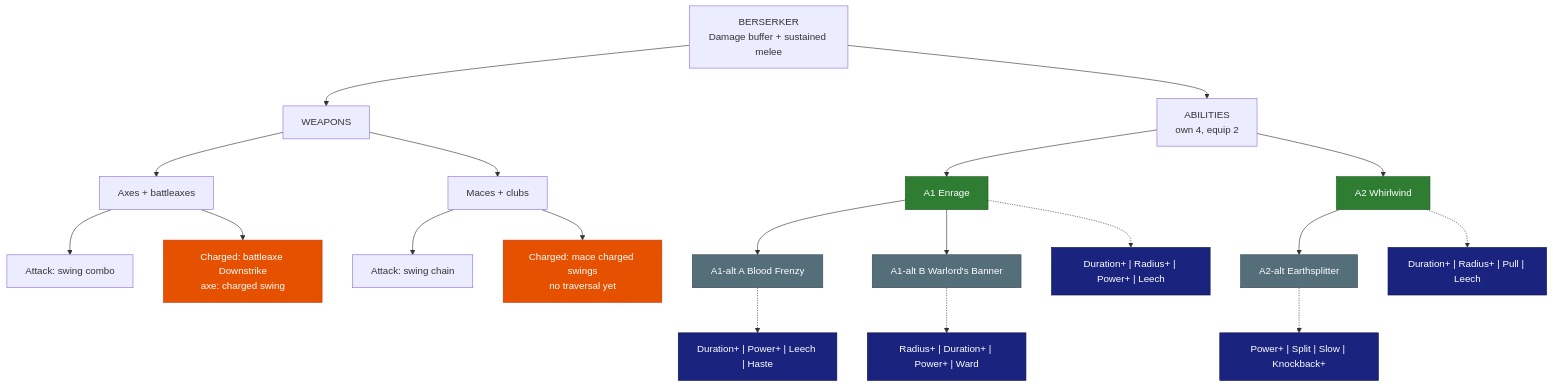
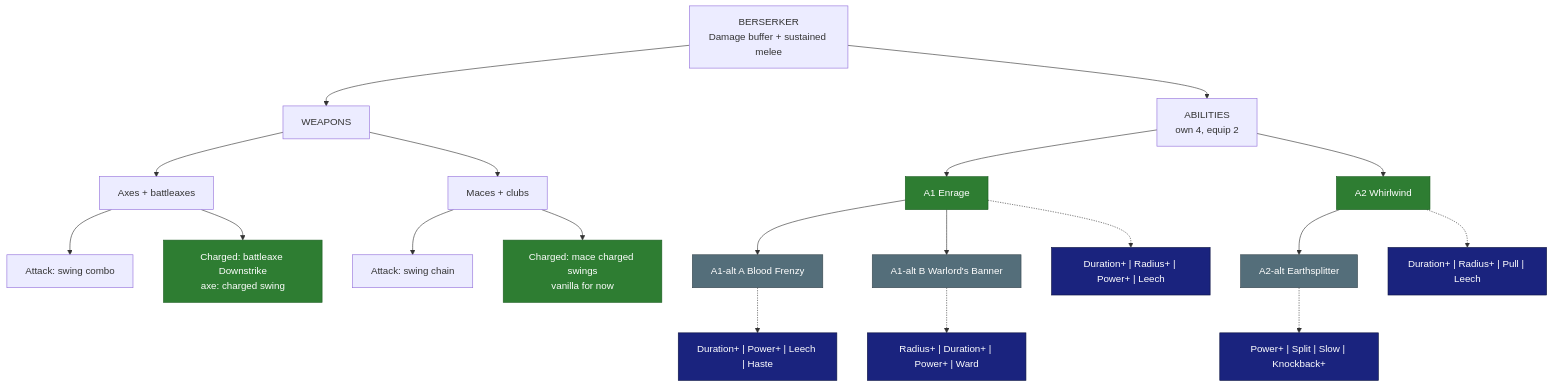
One commit to SkyyPlayz/SkyyWynnBlock changed the diagram in research/classes/Berserker.md. Above: the diagram before and after it, drawn with Mermaid. The commit also changed other lines of this file and 15 other files, not shown here.

First line of the commit message:
Docs review fixes: rollback steps, honest test list, answered-later pointers, qa_append matches whole question; Skyy: traversals vanilla for now

````diff
--- a/research/classes/Berserker.md
+++ b/research/classes/Berserker.md
@@ -16,30 +16,29 @@
 ```mermaid
 flowchart TD
   CLS["BERSERKER<br/>Damage buffer + sustained melee"]
   CLS --> WPN["WEAPONS"]
   CLS --> ABL["ABILITIES<br/>own 4, equip 2"]
   WPN --> AX["Axes + battleaxes"]
   AX --> AXa["Attack: swing combo"]
   AX --> AXc["Charged: battleaxe Downstrike<br/>axe: charged swing"]
   WPN --> MC["Maces + clubs"]
   MC --> MCa["Attack: swing chain"]
-  MC --> MCc["Charged: mace charged swings<br/>no traversal yet"]
+  MC --> MCc["Charged: mace charged swings<br/>vanilla for now"]
   ABL --> A1["A1 Enrage"]
   A1 --> A1A["A1-alt A Blood Frenzy"]
   A1 --> A1B["A1-alt B Warlord's Banner"]
   ABL --> A2["A2 Whirlwind"]
   A2 --> A2X["A2-alt Earthsplitter"]
   A1 -.-> M1["Duration+ | Radius+ | Power+ | Leech"]
   A1A -.-> M2["Duration+ | Power+ | Leech | Haste"]
   A1B -.-> M3["Radius+ | Duration+ | Power+ | Ward"]
   A2 -.-> M4["Duration+ | Radius+ | Pull | Leech"]
   A2X -.-> M5["Power+ | Split | Slow | Knockback+"]
   classDef locked fill:#2e7d32,color:#fff,stroke:#1b5e20
   classDef proposed fill:#546e7a,color:#fff,stroke:#37474f
   classDef open fill:#e65100,color:#fff,stroke:#bf360c
   classDef mods fill:#1a237e,color:#fff,stroke:#0d1442
-  class A1,A2 locked
+  class A1,A2,AXc,MCc locked
   class A1A,A1B,A2X proposed
-  class AXc,MCc open
   class M1,M2,M3,M4,M5 mods
 ```
````
